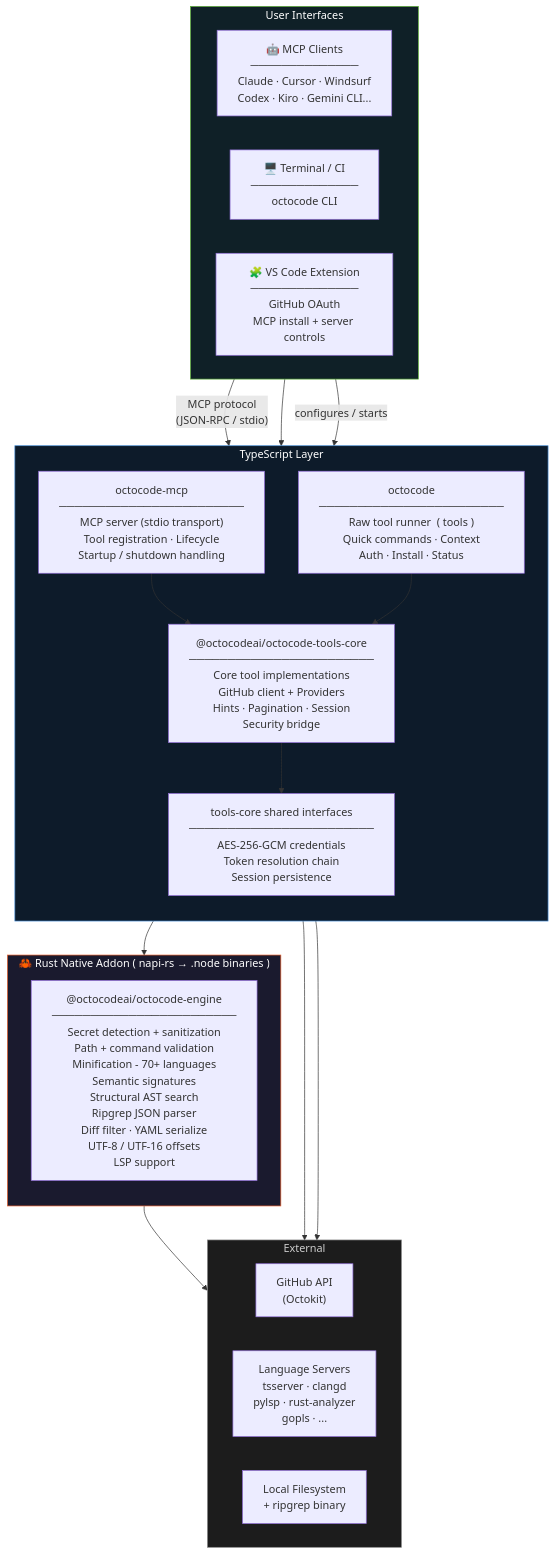
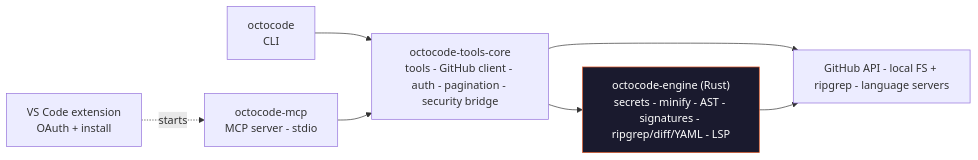
The diagram in README.md (yermakoffivan/octocode), drawn with Mermaid before and after one commit. The commit also changed other lines of this file and 33 other files, not shown here.

````diff
--- a/README.md
+++ b/README.md
@@ -394,86 +340,18 @@
 ```mermaid
-graph TB
-    subgraph Clients["User Interfaces"]
-        direction LR
-        MC["🤖 MCP Clients
-──────────────
-Claude · Cursor · Windsurf
-Codex · Kiro · Gemini CLI..."]
-        CLI["🖥️  Terminal / CI
-──────────────
-octocode CLI"]
-        VSC["🧩 VS Code Extension
-──────────────
-GitHub OAuth
-MCP install + server controls"]
-    end
+graph LR
+    CLI["octocode<br/>CLI"]
+    MCP["octocode-mcp<br/>MCP server - stdio"]
+    VSC["VS Code extension<br/>OAuth + install"]
+    CORE["octocode-tools-core<br/>tools - GitHub client - auth - pagination - security bridge"]
+    ENGINE["octocode-engine (Rust)<br/>secrets - minify - AST - signatures - ripgrep/diff/YAML - LSP"]
+    EXT["GitHub API - local FS + ripgrep - language servers"]
 
-    subgraph TS["TypeScript Layer"]
-        direction TB
-        MCP["octocode-mcp
-────────────────────────
-MCP server (stdio transport)
-Tool registration · Lifecycle
-Startup / shutdown handling"]
-        CLIBIN["octocode
-────────────────────────
-Raw tool runner  ( tools )
-Quick commands · Context
-Auth · Install · Status"]
-        CORE["@octocodeai/octocode-tools-core
-────────────────────────
-Core tool implementations
-GitHub client + Providers
-Hints · Pagination · Session
-Security bridge"]
-        SHARED["tools-core shared interfaces
-────────────────────────
-AES-256-GCM credentials
-Token resolution chain
-Session persistence"]
-    end
+    CLI --> CORE
+    MCP --> CORE
+    VSC -. starts .-> MCP
+    CORE --> ENGINE
+    CORE --> EXT
+    ENGINE --> EXT
 
-    subgraph Rust["🦀 Rust Native Addon  ( napi-rs → .node binaries )"]
-        direction TB
-        ENGINE["@octocodeai/octocode-engine
-────────────────────────
-Secret detection + sanitization
-Path + command validation
-Minification - 70+ languages
-Semantic signatures
-Structural AST search
-Ripgrep JSON parser
-Diff filter · YAML serialize
-UTF-8 / UTF-16 offsets
-LSP support"]
-    end
-
-    subgraph Ext["External"]
-        direction LR
-        GH["GitHub API
-(Octokit)"]
-        LS["Language Servers
-tsserver · clangd
-pylsp · rust-analyzer
-gopls · ..."]
-        FS["Local Filesystem
-+ ripgrep binary"]
-    end
-
-    MC -- "MCP protocol
-(JSON-RPC / stdio)" --> MCP
-    CLI --> CLIBIN
-    VSC -- "configures / starts" --> MCP
-    MCP --> CORE
-    CLIBIN --> CORE
-    CORE --> ENGINE
-    CORE --> SHARED
-    CORE --> GH
-    CORE --> FS
-    ENGINE --> LS
-
-    style Rust fill:#1a1a2e,stroke:#e75d2a,color:#fff
-    style TS fill:#0d1b2a,stroke:#4a90d9,color:#fff
-    style Clients fill:#0f2027,stroke:#56ab2f,color:#fff
-    style Ext fill:#1c1c1c,stroke:#888,color:#ccc
+    style ENGINE fill:#1a1a2e,stroke:#e75d2a,color:#fff
 ```
````
